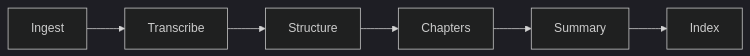
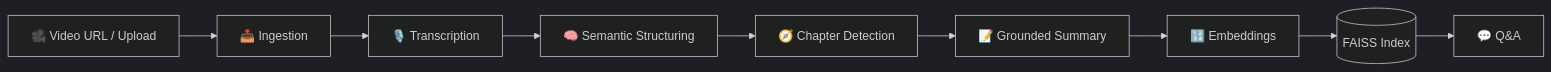
Before and after one commit to NikhilGarg21/VideoMind-AI: the first of 2 diagrams in README.md, drawn with Mermaid (dark theme). The commit also changed other lines of this file, not shown here.

````diff
--- a/README.md
+++ b/README.md
@@ -31,8 +90,11 @@
 ```mermaid
 flowchart LR
-    A[Ingest] --> B[Transcribe]
-    B --> C[Structure]
-    C --> D[Chapters]
-    D --> E[Summary]
-    E --> F[Index]
+    A[🎥 Video URL / Upload] --> B[📥 Ingestion]
+    B --> C[🎙️ Transcription]
+    C --> D[🧠 Semantic Structuring]
+    D --> E[🧭 Chapter Detection]
+    E --> F[📝 Grounded Summary]
+    F --> G[🔢 Embeddings]
+    G --> H[(FAISS Index)]
+    H --> I[💬 Q&A]
 ```
````
